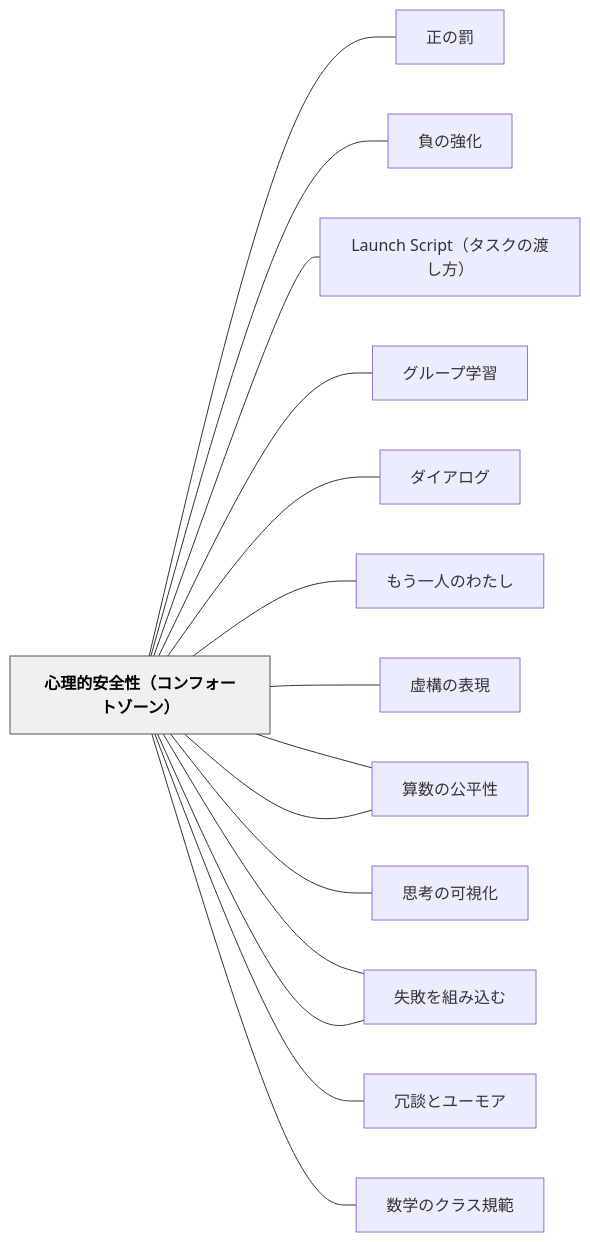
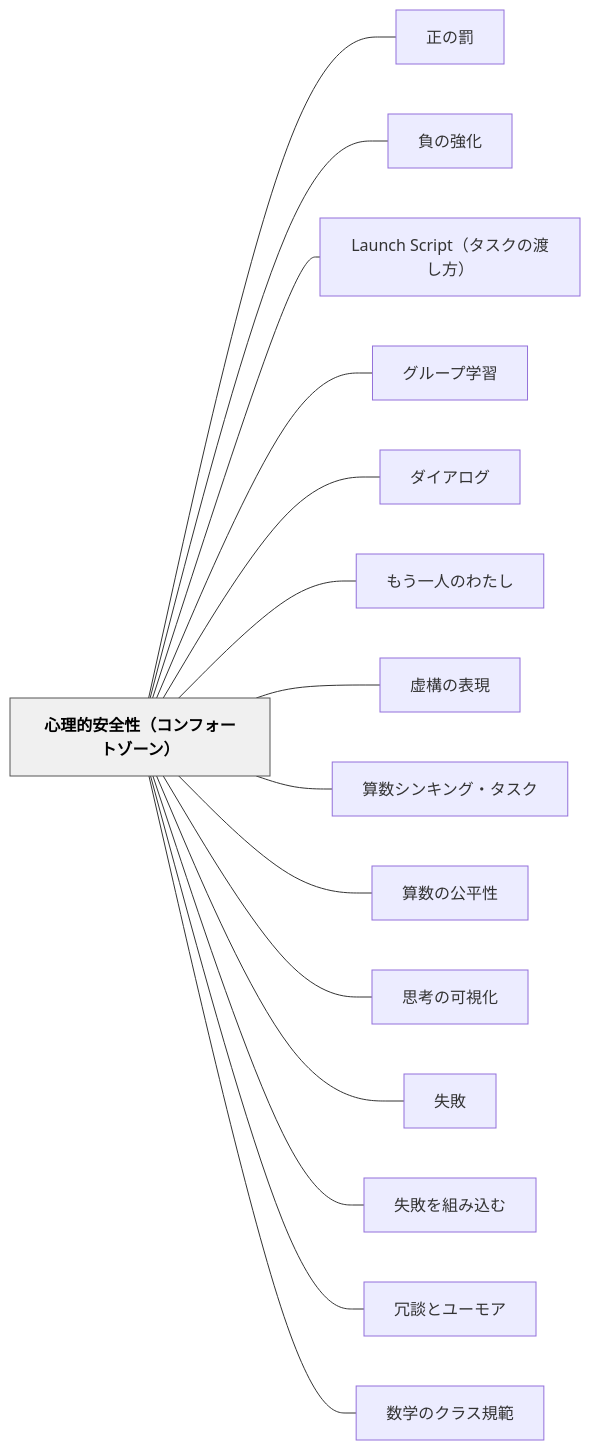
Before and after one commit to unknownthings-ed-patterns/unknownthings-ed-patterns: the diagram in content/パタン/心理的安全性（コンフォートゾーン）.md, drawn with Mermaid. The commit also changed 527 other files, not shown here.

````diff
--- a/content/パタン/心理的安全性（コンフォートゾーン）.md
+++ b/content/パタン/心理的安全性（コンフォートゾーン）.md
@@ -58,36 +58,36 @@
 ```mermaid
 flowchart LR
-    ne5bf83e79086["心理的安全性（コンフォートゾーン）"]
-    ne6ada3e381ae["正の罰"]
-    ne8b2a0e381ae["負の強化"]
-    n4c61756e6368["Launch Script（タスクの渡し方）"]
-    ne382b0e383ab["グループ学習"]
-    ne38380e382a4["ダイアログ"]
-    ne38282e38186["もう一人のわたし"]
-    ne8999ae6a78b["虚構の表現"]
-    ne7ae97e695b0["算数シンキング・タスク"]
-    ne7ae97e695b0["算数の公平性"]
-    ne6809de88083["思考の可視化"]
+    ne5bf83e79086e79a84e5ae89e585a8e680a7efbc88e382b3e383b3e38395e382a9e383bce38388e382bee383bce383b3efbc89["心理的安全性（コンフォートゾーン）"]
+    ne6ada3e381aee7bdb0["正の罰"]
+    ne8b2a0e381aee5bcb7e58c96["負の強化"]
+    n4c61756e636820536372697074efbc88e382bfe382b9e382afe381aee6b8a1e38197e696b9efbc89["Launch Script（タスクの渡し方）"]
+    ne382b0e383abe383bce38397e5ada6e7bf92["グループ学習"]
+    ne38380e382a4e382a2e383ade382b0["ダイアログ"]
+    ne38282e38186e4b880e4babae381aee3828fe3819fe38197["もう一人のわたし"]
+    ne8999ae6a78be381aee8a1a8e78fbe["虚構の表現"]
+    ne7ae97e695b0e382b7e383b3e382ade383b3e382b0e383bbe382bfe382b9e382af["算数シンキング・タスク"]
+    ne7ae97e695b0e381aee585ace5b9b3e680a7["算数の公平性"]
+    ne6809de88083e381aee58fafe8a696e58c96["思考の可視化"]
     ne5a4b1e69597["失敗"]
-    ne5a4b1e69597["失敗を組み込む"]
-    ne58697e8ab87["冗談とユーモア"]
-    ne695b0e5ada6["数学のクラス規範"]
+    ne5a4b1e69597e38292e7b584e381bfe8bebce38280["失敗を組み込む"]
+    ne58697e8ab87e381a8e383a6e383bce383a2e382a2["冗談とユーモア"]
+    ne695b0e5ada6e381aee382afe383a9e382b9e8a68fe7af84["数学のクラス規範"]
 
-    ne5bf83e79086 --- ne6ada3e381ae
-    ne5bf83e79086 --- ne8b2a0e381ae
-    ne5bf83e79086 --- n4c61756e6368
-    ne5bf83e79086 --- ne382b0e383ab
-    ne5bf83e79086 --- ne38380e382a4
-    ne5bf83e79086 --- ne38282e38186
-    ne5bf83e79086 --- ne8999ae6a78b
-    ne5bf83e79086 --- ne7ae97e695b0
-    ne5bf83e79086 --- ne7ae97e695b0
-    ne5bf83e79086 --- ne6809de88083
-    ne5bf83e79086 --- ne5a4b1e69597
-    ne5bf83e79086 --- ne5a4b1e69597
-    ne5bf83e79086 --- ne58697e8ab87
-    ne5bf83e79086 --- ne695b0e5ada6
+    ne5bf83e79086e79a84e5ae89e585a8e680a7efbc88e382b3e383b3e38395e382a9e383bce38388e382bee383bce383b3efbc89 --- ne6ada3e381aee7bdb0
+    ne5bf83e79086e79a84e5ae89e585a8e680a7efbc88e382b3e383b3e38395e382a9e383bce38388e382bee383bce383b3efbc89 --- ne8b2a0e381aee5bcb7e58c96
+    ne5bf83e79086e79a84e5ae89e585a8e680a7efbc88e382b3e383b3e38395e382a9e383bce38388e382bee383bce383b3efbc89 --- n4c61756e636820536372697074efbc88e382bfe382b9e382afe381aee6b8a1e38197e696b9efbc89
+    ne5bf83e79086e79a84e5ae89e585a8e680a7efbc88e382b3e383b3e38395e382a9e383bce38388e382bee383bce383b3efbc89 --- ne382b0e383abe383bce38397e5ada6e7bf92
+    ne5bf83e79086e79a84e5ae89e585a8e680a7efbc88e382b3e383b3e38395e382a9e383bce38388e382bee383bce383b3efbc89 --- ne38380e382a4e382a2e383ade382b0
+    ne5bf83e79086e79a84e5ae89e585a8e680a7efbc88e382b3e383b3e38395e382a9e383bce38388e382bee383bce383b3efbc89 --- ne38282e38186e4b880e4babae381aee3828fe3819fe38197
+    ne5bf83e79086e79a84e5ae89e585a8e680a7efbc88e382b3e383b3e38395e382a9e383bce38388e382bee383bce383b3efbc89 --- ne8999ae6a78be381aee8a1a8e78fbe
+    ne5bf83e79086e79a84e5ae89e585a8e680a7efbc88e382b3e383b3e38395e382a9e383bce38388e382bee383bce383b3efbc89 --- ne7ae97e695b0e382b7e383b3e382ade383b3e382b0e383bbe382bfe382b9e382af
+    ne5bf83e79086e79a84e5ae89e585a8e680a7efbc88e382b3e383b3e38395e382a9e383bce38388e382bee383bce383b3efbc89 --- ne7ae97e695b0e381aee585ace5b9b3e680a7
+    ne5bf83e79086e79a84e5ae89e585a8e680a7efbc88e382b3e383b3e38395e382a9e383bce38388e382bee383bce383b3efbc89 --- ne6809de88083e381aee58fafe8a696e58c96
+    ne5bf83e79086e79a84e5ae89e585a8e680a7efbc88e382b3e383b3e38395e382a9e383bce38388e382bee383bce383b3efbc89 --- ne5a4b1e69597
+    ne5bf83e79086e79a84e5ae89e585a8e680a7efbc88e382b3e383b3e38395e382a9e383bce38388e382bee383bce383b3efbc89 --- ne5a4b1e69597e38292e7b584e381bfe8bebce38280
+    ne5bf83e79086e79a84e5ae89e585a8e680a7efbc88e382b3e383b3e38395e382a9e383bce38388e382bee383bce383b3efbc89 --- ne58697e8ab87e381a8e383a6e383bce383a2e382a2
+    ne5bf83e79086e79a84e5ae89e585a8e680a7efbc88e382b3e383b3e38395e382a9e383bce38388e382bee383bce383b3efbc89 --- ne695b0e5ada6e381aee382afe383a9e382b9e8a68fe7af84
 
     classDef hub fill:#f0f0f0,stroke:#555,color:#000,font-weight:bold
-    class ne5bf83e79086 hub
+    class ne5bf83e79086e79a84e5ae89e585a8e680a7efbc88e382b3e383b3e38395e382a9e383bce38388e382bee383bce383b3efbc89 hub
 ```
````
